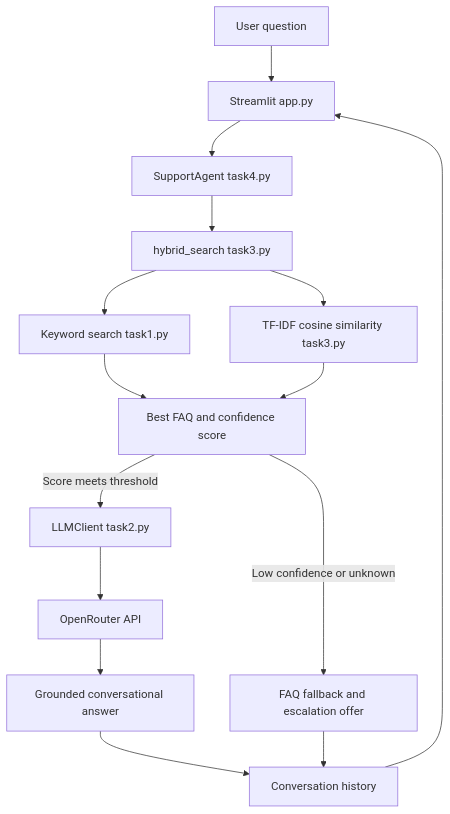
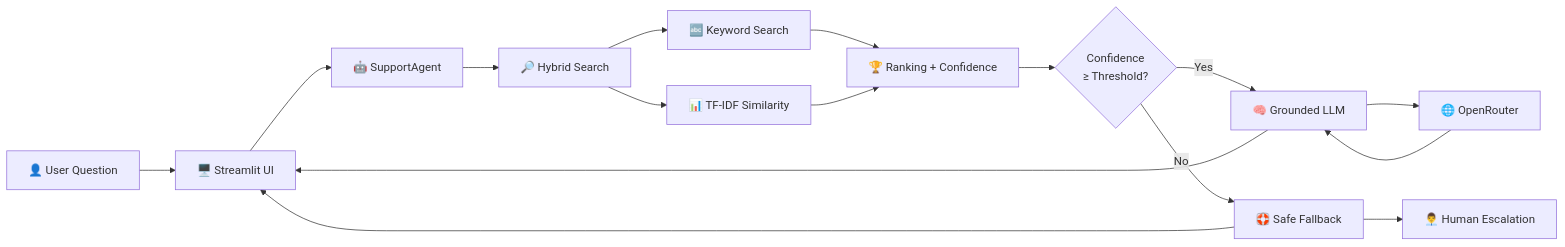
Before and after one commit to J-harshavardhan/Support_AI_Assistant: the first of 2 diagrams in README.md, drawn with Mermaid. The commit also changed other lines of this file, not shown here.

````diff
--- a/README.md
+++ b/README.md
@@ -30,17 +55,48 @@
 ```mermaid
-flowchart TD
-    User[User question] --> UI[Streamlit app.py]
-    UI --> Agent[SupportAgent task4.py]
-    Agent --> Hybrid[hybrid_search task3.py]
-    Hybrid --> Keyword[Keyword search task1.py]
-    Hybrid --> TFIDF[TF-IDF cosine similarity task3.py]
-    Keyword --> Score[Best FAQ and confidence score]
-    TFIDF --> Score
-    Score -->|Score meets threshold| LLM[LLMClient task2.py]
-    LLM --> OpenRouter[OpenRouter API]
-    OpenRouter --> Answer[Grounded conversational answer]
-    Score -->|Low confidence or unknown| Fallback[FAQ fallback and escalation offer]
-    Answer --> History[Conversation history]
-    Fallback --> History
-    History --> UI
+flowchart LR
+
+    U[👤 User Question]
+
+    UI[🖥️ Streamlit UI]
+
+    A[🤖 SupportAgent]
+
+    H[🔎 Hybrid Search]
+
+    K[🔤 Keyword Search]
+
+    T[📊 TF-IDF Similarity]
+
+    R[🏆 Ranking + Confidence]
+
+    C{Confidence<br/>≥ Threshold?}
+
+    L[🧠 Grounded LLM]
+
+    O[🌐 OpenRouter]
+
+    F[🛟 Safe Fallback]
+
+    E[👨‍💼 Human Escalation]
+
+    U --> UI
+    UI --> A
+    A --> H
+
+    H --> K
+    H --> T
+
+    K --> R
+    T --> R
+
+    R --> C
+
+    C -->|Yes| L
+    L --> O
+    O --> L
+    L --> UI
+
+    C -->|No| F
+    F --> E
+    F --> UI
 ```
````
